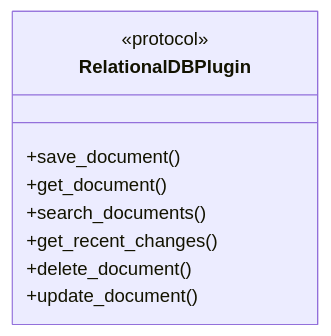
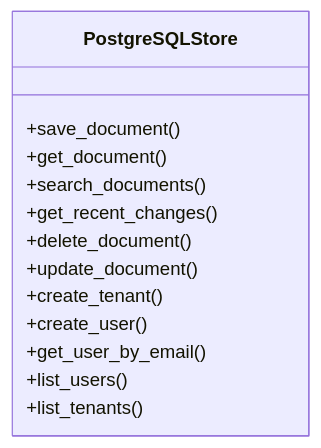
One commit to Stihotvor/law_by_ai changed the first of 6 diagrams in docs/architecture.md. Above: the diagram before and after it, drawn with Mermaid. The commit also changed other lines of this file and 34 other files, not shown here.

````diff
--- a/docs/architecture.md
+++ b/docs/architecture.md
@@ -53,12 +54,16 @@
 ```mermaid
 classDiagram
-    class RelationalDBPlugin {
-        <<protocol>>
+    class PostgreSQLStore {
         +save_document()
         +get_document()
         +search_documents()
         +get_recent_changes()
         +delete_document()
         +update_document()
+        +create_tenant()
+        +create_user()
+        +get_user_by_email()
+        +list_users()
+        +list_tenants()
     }
 ```
````
